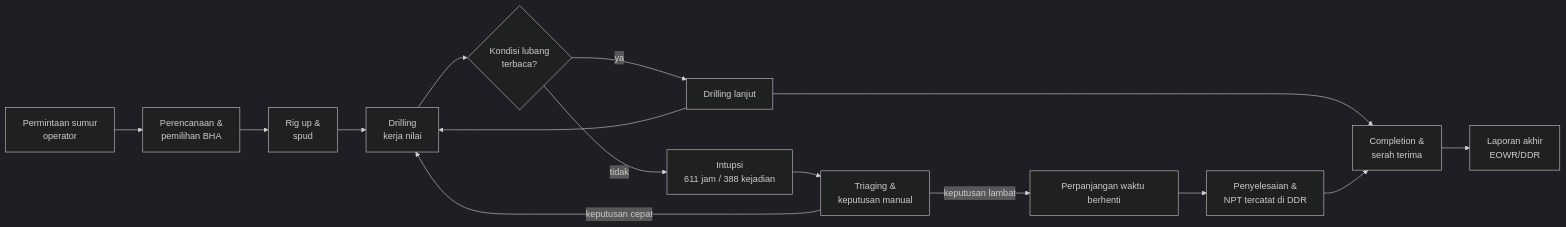
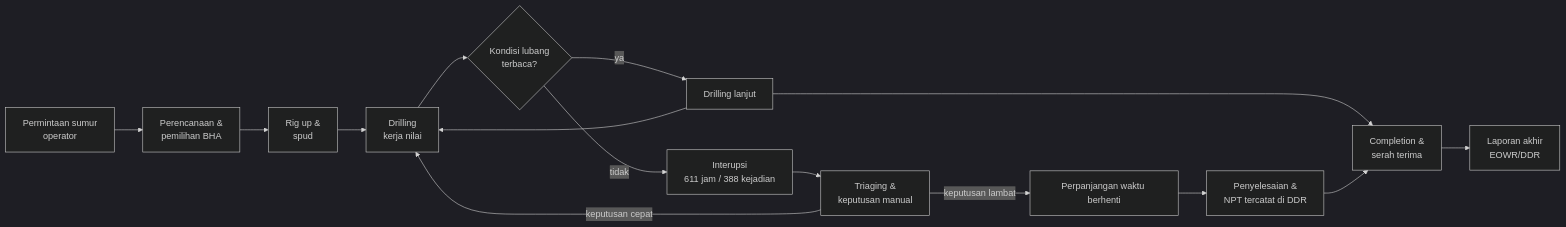
The first of 5 diagrams in docs/PPT1_BAB2.md (neonti28/ppt1-capstone-proposal), drawn with Mermaid (dark theme) before and after one commit. The commit also changed other lines of this file and 1 other file, not shown here.

Commit message:
Perbaiki mermaid OPC: bentuk dobel ((...)) diikuti label blok, dan tulis Intupsi jadi Interupsi

````diff
--- a/docs/PPT1_BAB2.md
+++ b/docs/PPT1_BAB2.md
@@ -24,17 +24,17 @@
 ```mermaid
 flowchart LR
   A[Permintaan sumur<br/>operator] --> B[Perencanaan &<br/>pemilihan BHA]
   B --> C[Rig up &<br/>spud]
   C --> D[Drilling<br/>kerja nilai]
   D --> E{Kondisi lubang<br/>terbaca?}
   E -- ya --> F[Drilling lanjut]
   F --> D
-  E -- tidak --> G[Intupsi<br/>611 jam / 388 kejadian]
+  E -- tidak --> G[Interupsi<br/>611 jam / 388 kejadian]
   G --> H[Triaging &<br/>keputusan manual]
   H -- keputusan lambat --> I[Perpanjangan waktu berhenti]
   H -- keputusan cepat --> D
   I --> J[Penyelesaian &<br/>NPT tercatat di DDR]
   F --> K[Completion &<br/>serah terima]
   J --> K
   K --> L[Laporan akhir<br/>EOWR/DDR]
 ```
````
